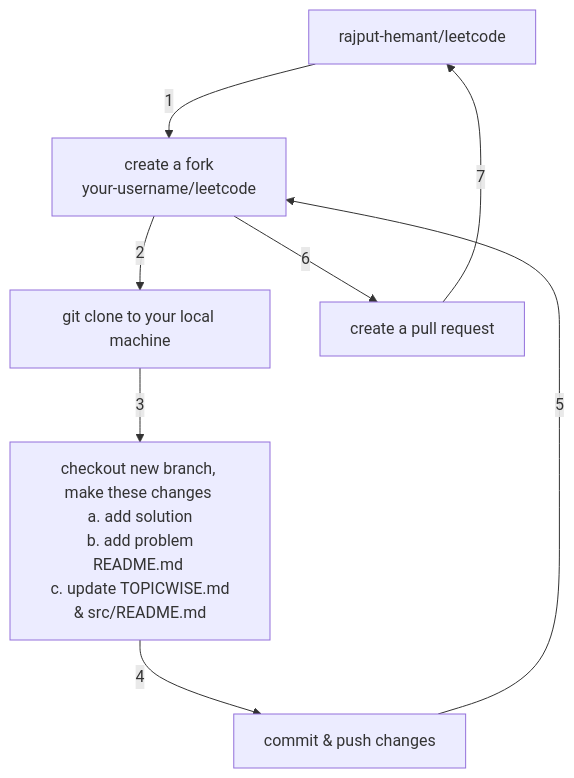
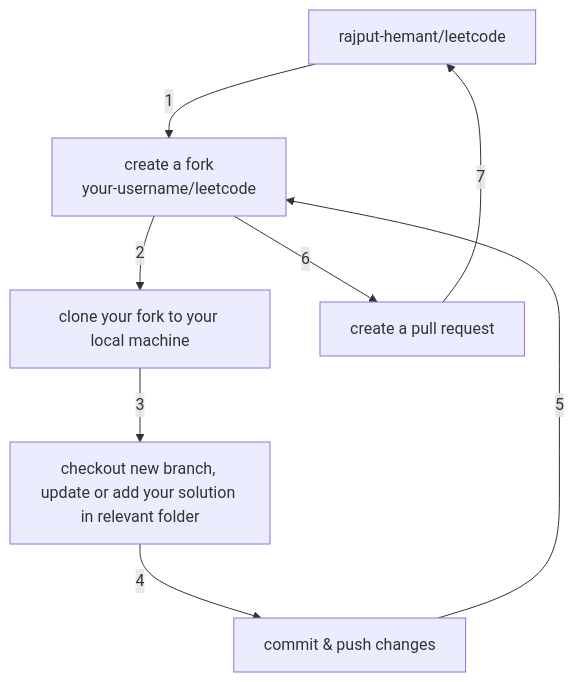
Before and after one commit to rajput-hemant/leetcode: the diagram in README.md, drawn with Mermaid. The commit also changed 1 other file, not shown here.

Commit message:
updated contributions

````diff
--- a/README.md
+++ b/README.md
@@ -112,10 +112,10 @@
 ```mermaid
   graph TD;
       A[rajput-hemant/leetcode] --1--> B[create a fork <br> your-username/leetcode];
-      B --2--> C[git clone to your local machine];
-      C --3--> D[checkout new branch, make these changes <br> a. add solution <br> b. add problem README.md <br> c. update TOPICWISE.md & src/README.md];
+      B --2--> C[clone your fork to your local machine];
+      C --3--> D[checkout new branch, <br>update or add your solution in relevant folder];
       D --4--> E[commit & push changes];
       E --5--> B;
       B --6--> F[create a pull request];
       F --7--> A;
 ```
````
